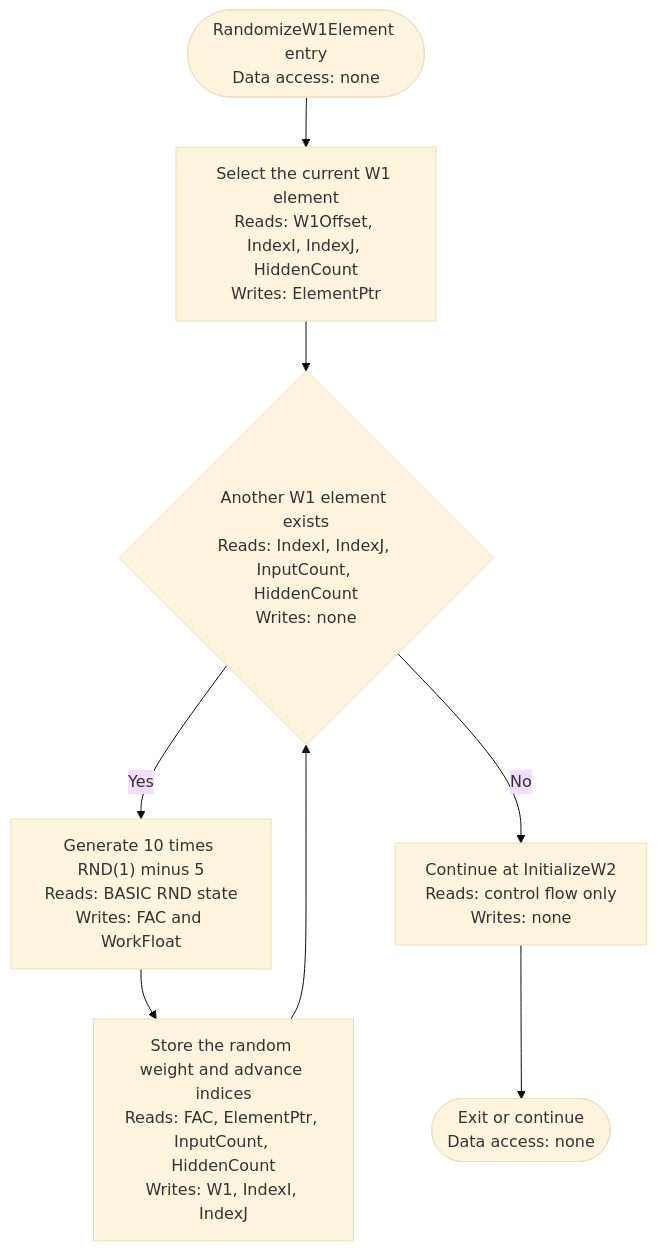
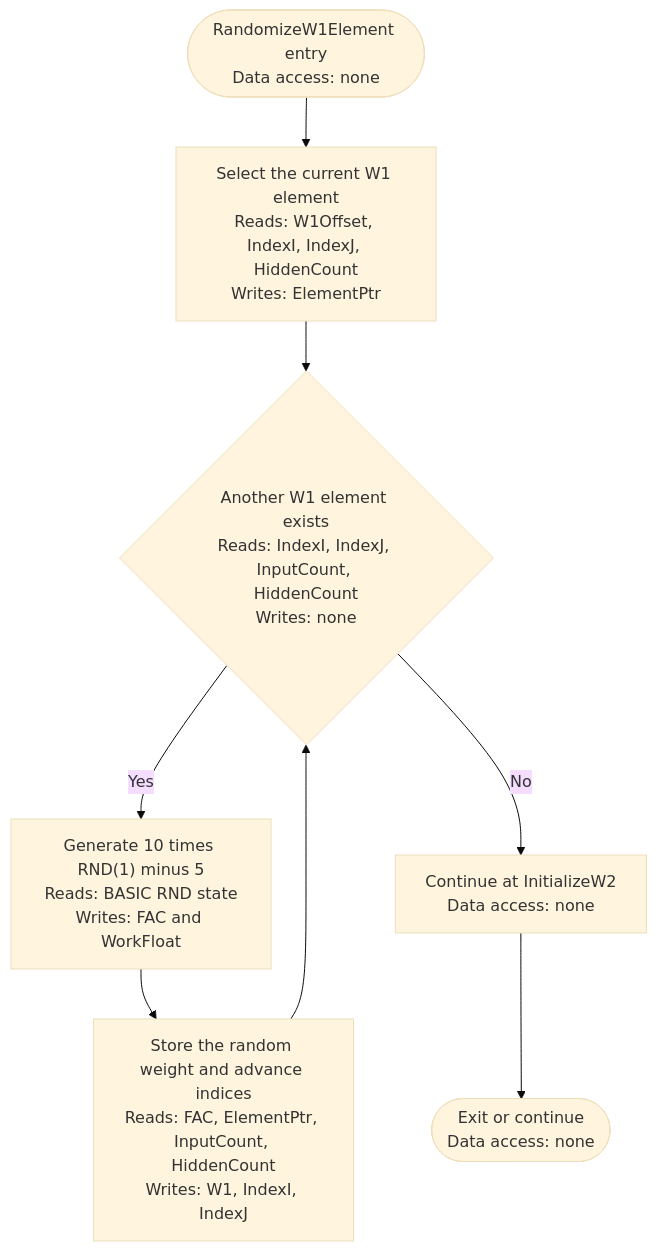
One commit to sharpninja/NeuralNetworks changed diagram 15 of 51 in docs/Diagrams/BP-ML-Activity-Diagrams.md. Above: the diagram before and after it, drawn with Mermaid (base theme). The commit also changed other lines of this file and 10 other files, not shown here.

````diff
--- a/docs/Diagrams/BP-ML-Activity-Diagrams.md
+++ b/docs/Diagrams/BP-ML-Activity-Diagrams.md
@@ -382,10 +423,10 @@
 ```mermaid
 flowchart TD
     A(["RandomizeW1Element entry<br/>Data access: none"]) --> B["Select the current W1 element<br/>Reads: W1Offset, IndexI, IndexJ, HiddenCount<br/>Writes: ElementPtr"]
     B --> C{"Another W1 element exists<br/>Reads: IndexI, IndexJ, InputCount, HiddenCount<br/>Writes: none"}
     C -- Yes --> D["Generate 10 times RND(1) minus 5<br/>Reads: BASIC RND state<br/>Writes: FAC and WorkFloat"]
     D --> E["Store the random weight and advance indices<br/>Reads: FAC, ElementPtr, InputCount, HiddenCount<br/>Writes: W1, IndexI, IndexJ"]
     E --> C
-    C -- No --> F["Continue at InitializeW2<br/>Reads: control flow only<br/>Writes: none"]
+    C -- No --> F["Continue at InitializeW2<br/>Data access: none"]
     F --> Z(["Exit or continue<br/>Data access: none"])
 ```
````
